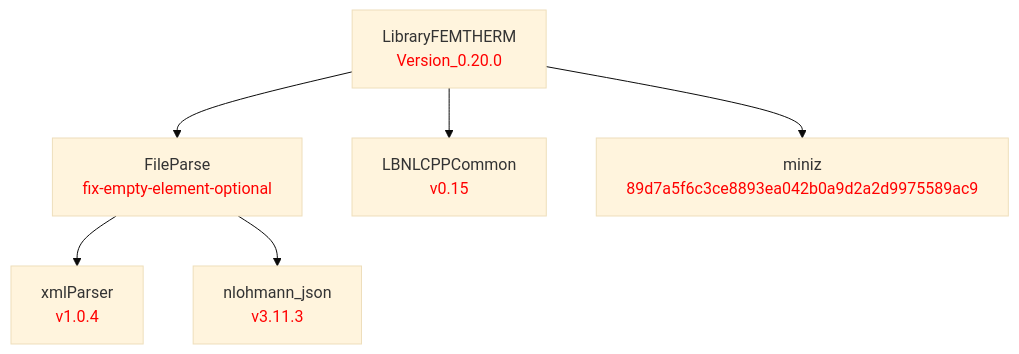
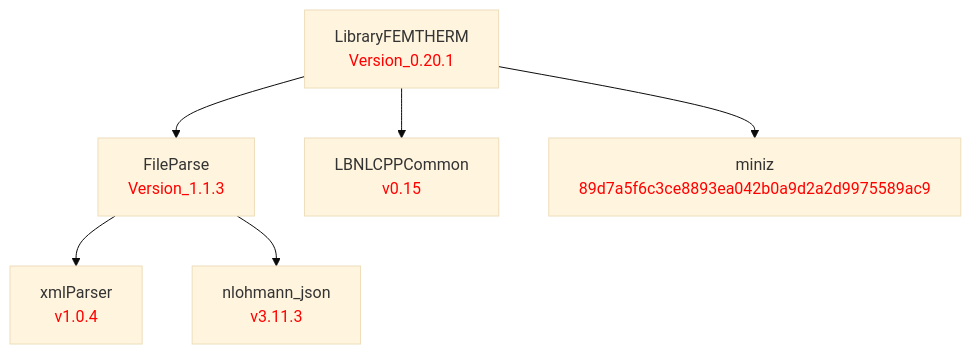
One commit to LBNL-ETA/LibraryFEMTherm changed the diagram in doc/LibraryFEMTHERM.md. Above: the diagram before and after it, drawn with Mermaid (base theme). The commit also changed 2 other files, not shown here.

Commit message:
Bump to 0.20.1; pin FileParse Version_1.1.3
FileParse 1.1.3 tightens optional<T> deserialization so empty self-
closing XML elements (<X/>) are treated as nullopt rather than as a
populated optional holding a default-constructed T. The earlier
commit on this branch already adopted the fix via the feature branch
ref; switch to the released tag and bump LibraryFEMTherm accordingly.

````diff
--- a/doc/LibraryFEMTHERM.md
+++ b/doc/LibraryFEMTHERM.md
@@ -1,17 +1,17 @@
 ```mermaid
 graph TD
     %% Package definitions
     xmlParser[xmlParser<br/><font color='red'>v1.0.4</font>]
     nlohmann_json[nlohmann_json<br/><font color='red'>v3.11.3</font>]
-    FileParse[FileParse<br/><font color='red'>fix-empty-element-optional</font>]
+    FileParse[FileParse<br/><font color='red'>Version_1.1.3</font>]
     LBNLCPPCommon[LBNLCPPCommon<br/><font color='red'>v0.15</font>]
     miniz[miniz<br/><font color='red'>89d7a5f6c3ce8893ea042b0a9d2a2d9975589ac9</font>]
-    LibraryFEMTHERM[LibraryFEMTHERM<br/><font color='red'>Version_0.20.0</font>]
+    LibraryFEMTHERM[LibraryFEMTHERM<br/><font color='red'>Version_0.20.1</font>]
 
     %% Package relations
     LibraryFEMTHERM --> FileParse
     LibraryFEMTHERM --> LBNLCPPCommon
     LibraryFEMTHERM --> miniz
     FileParse --> xmlParser
     FileParse --> nlohmann_json
 ```
````
